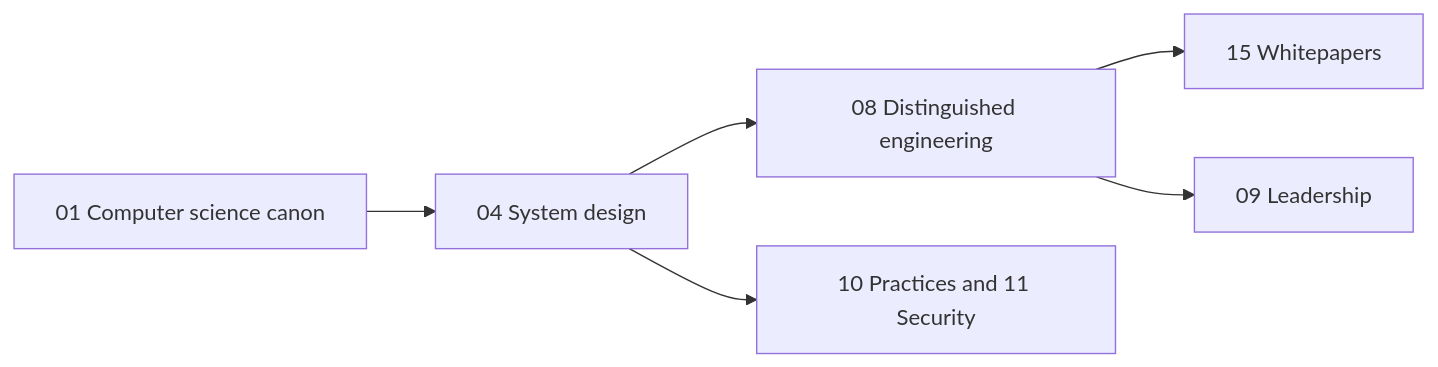
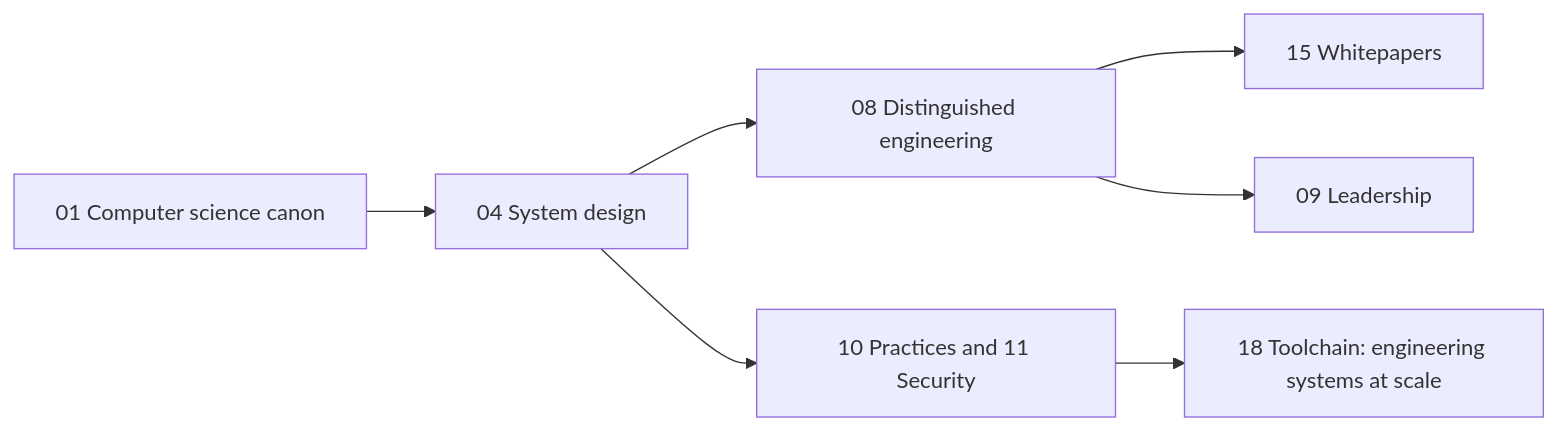
The fourth of 5 diagrams in 00-Start-Here/Roadmap.md (shreejitverma/SDE-Interview-Prep), drawn with Mermaid before and after one commit. The commit also changed other lines of this file and 527 other files, not shown here.

````diff
--- a/00-Start-Here/Roadmap.md
+++ b/00-Start-Here/Roadmap.md
@@ -80,8 +86,9 @@
 ```mermaid
 flowchart LR
     Canon["01 Computer science canon"] --> S["04 System design"]
     S --> E["08 Distinguished engineering"]
     E --> P["15 Whitepapers"]
     E --> Lead["09 Leadership"]
     S --> Ops["10 Practices and 11 Security"]
+    Ops --> T["18 Toolchain: engineering systems at scale"]
 ```
````
